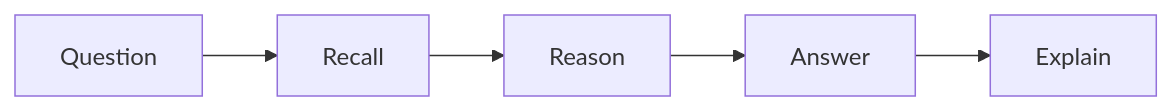
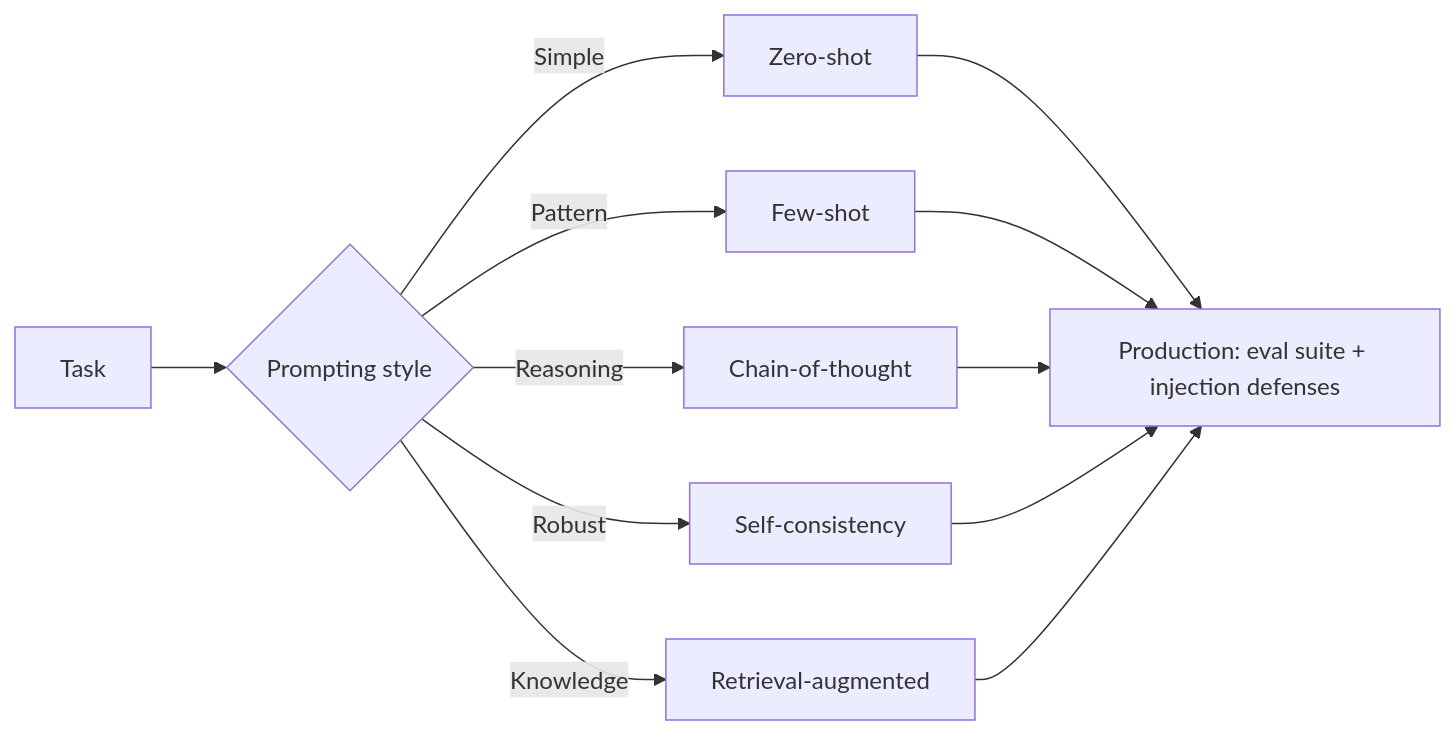
The diagram in quizzes/15-prompting-quiz.md (Icon1cc/Machine-Learning), drawn with Mermaid before and after one commit. The commit also changed other lines of this file and 264 other files, not shown here.

````diff
--- a/quizzes/15-prompting-quiz.md
+++ b/quizzes/15-prompting-quiz.md
@@ -81,7 +143,14 @@
 ```mermaid
 flowchart LR
-    A[Question] --> B[Recall]
-    B --> C[Reason]
-    C --> D[Answer]
-    D --> E[Explain]
+    A[Task] --> B{Prompting style}
+    B -- Simple --> C[Zero-shot]
+    B -- Pattern --> D[Few-shot]
+    B -- Reasoning --> E[Chain-of-thought]
+    B -- Robust --> F[Self-consistency]
+    B -- Knowledge --> G[Retrieval-augmented]
+    C --> H[Production: eval suite + injection defenses]
+    D --> H
+    E --> H
+    F --> H
+    G --> H
 ```
````
